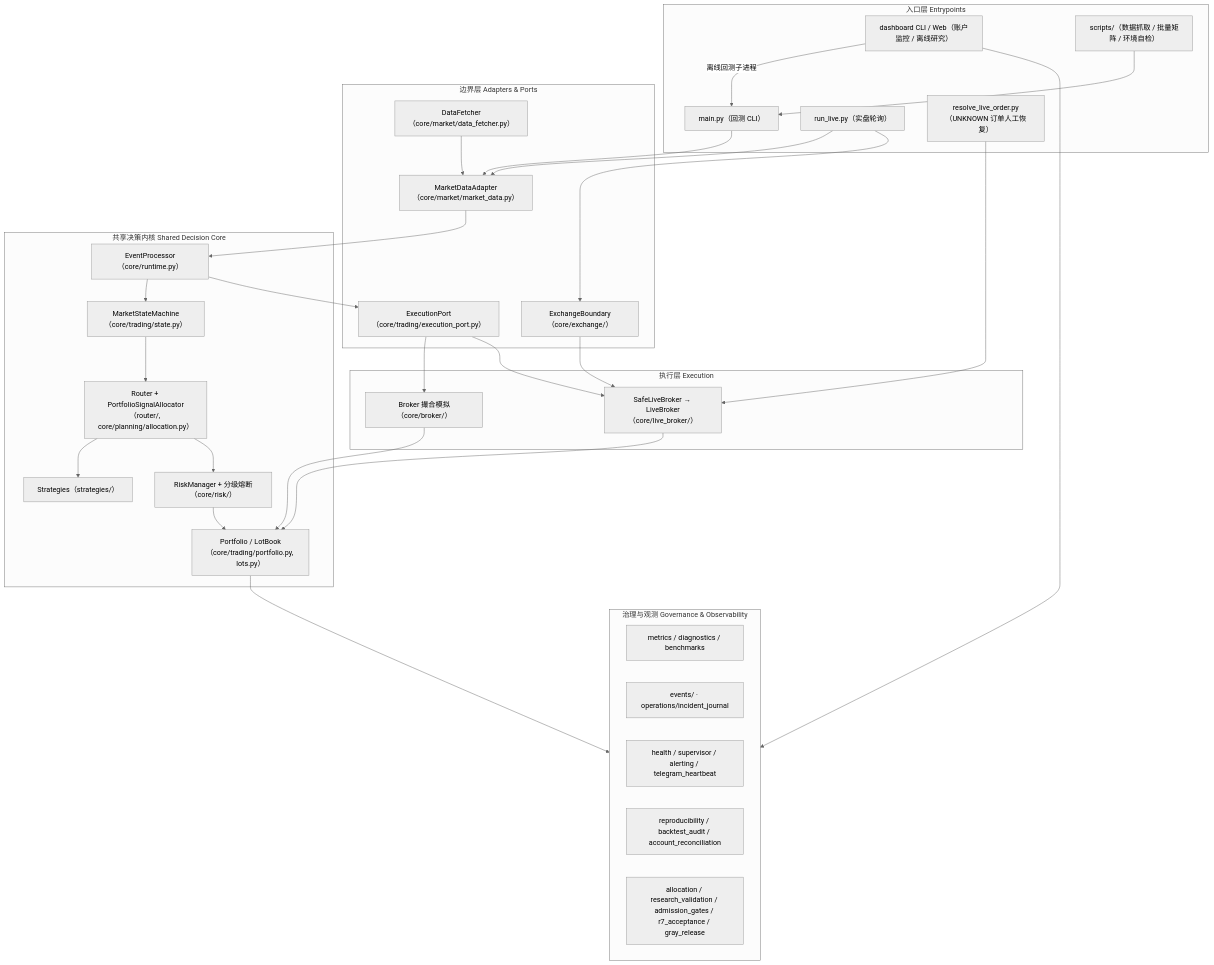
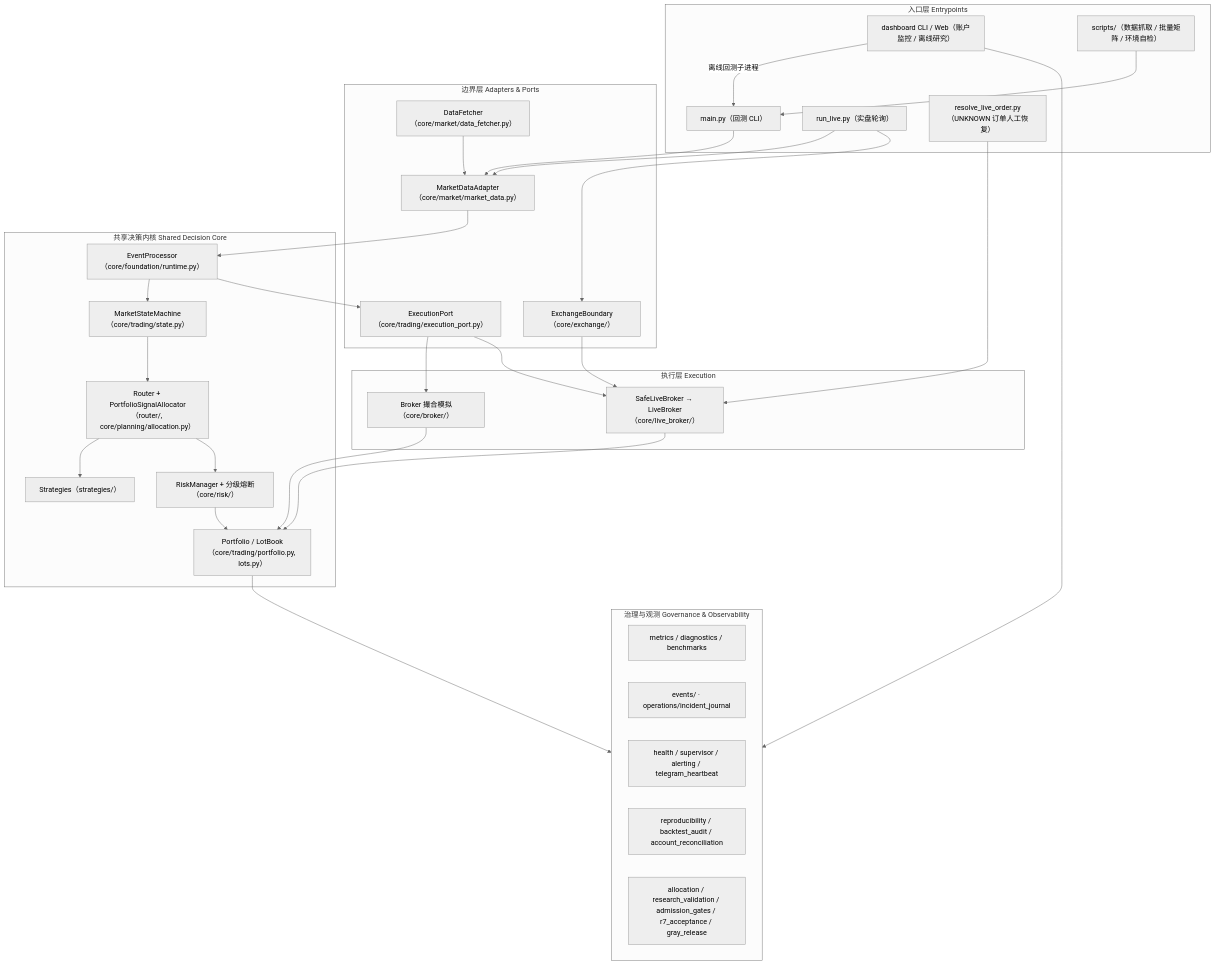
Before and after one commit to user-nmmmmm/QuantTradingV2: the first of 5 diagrams in README.md, drawn with Mermaid (neutral theme). The commit also changed other lines of this file and 237 other files, not shown here.

First line of the commit message:
refactor: move foundation modules to core/foundation (B2 cluster 5)

````diff
--- a/README.md
+++ b/README.md
@@ -82,58 +82,58 @@
 ```mermaid
 flowchart TB
     subgraph ENTRY["入口层 Entrypoints"]
         M["main.py（回测 CLI）"]
         RL["run_live.py（实盘轮询）"]
         RS["resolve_live_order.py（UNKNOWN 订单人工恢复）"]
         DB["dashboard CLI / Web（账户监控 / 离线研究）"]
         SC["scripts/（数据抓取 / 批量矩阵 / 环境自检）"]
     end
 
     subgraph BOUND["边界层 Adapters & Ports"]
         MDA["MarketDataAdapter（core/market/market_data.py）"]
         EXP["ExecutionPort（core/trading/execution_port.py）"]
         EB["ExchangeBoundary（core/exchange/）"]
         DF["DataFetcher（core/market/data_fetcher.py）"]
     end
 
     subgraph KERNEL["共享决策内核 Shared Decision Core"]
-        EP["EventProcessor（core/runtime.py）"]
+        EP["EventProcessor（core/foundation/runtime.py）"]
         SM["MarketStateMachine（core/trading/state.py）"]
         RT["Router + PortfolioSignalAllocator（router/, core/planning/allocation.py）"]
         ST["Strategies（strategies/）"]
         RK["RiskManager + 分级熔断（core/risk/）"]
         PF["Portfolio / LotBook（core/trading/portfolio.py, lots.py）"]
     end
 
     subgraph EXEC["执行层 Execution"]
         BK["Broker 撮合模拟（core/broker/）"]
         LB["SafeLiveBroker → LiveBroker（core/live_broker/）"]
     end
 
     subgraph OBS["治理与观测 Governance & Observability"]
         MT["metrics / diagnostics / benchmarks"]
         EV["events/ · operations/incident_journal"]
         HS["health / supervisor / alerting / telegram_heartbeat"]
         RP["reproducibility / backtest_audit / account_reconciliation"]
         PH["allocation / research_validation / admission_gates / r7_acceptance / gray_release"]
     end
 
     SC --> M
     M --> MDA
     RL --> MDA
     RL --> EB
     DF --> MDA
     MDA --> EP
     EP --> SM --> RT --> ST
     RT --> RK --> PF
     EP --> EXP
     EXP --> BK
     EXP --> LB
     EB --> LB
     BK --> PF
     LB --> PF
     PF --> OBS
     RS --> LB
     DB --> OBS
     DB -->|离线回测子进程| M
 ```
````
